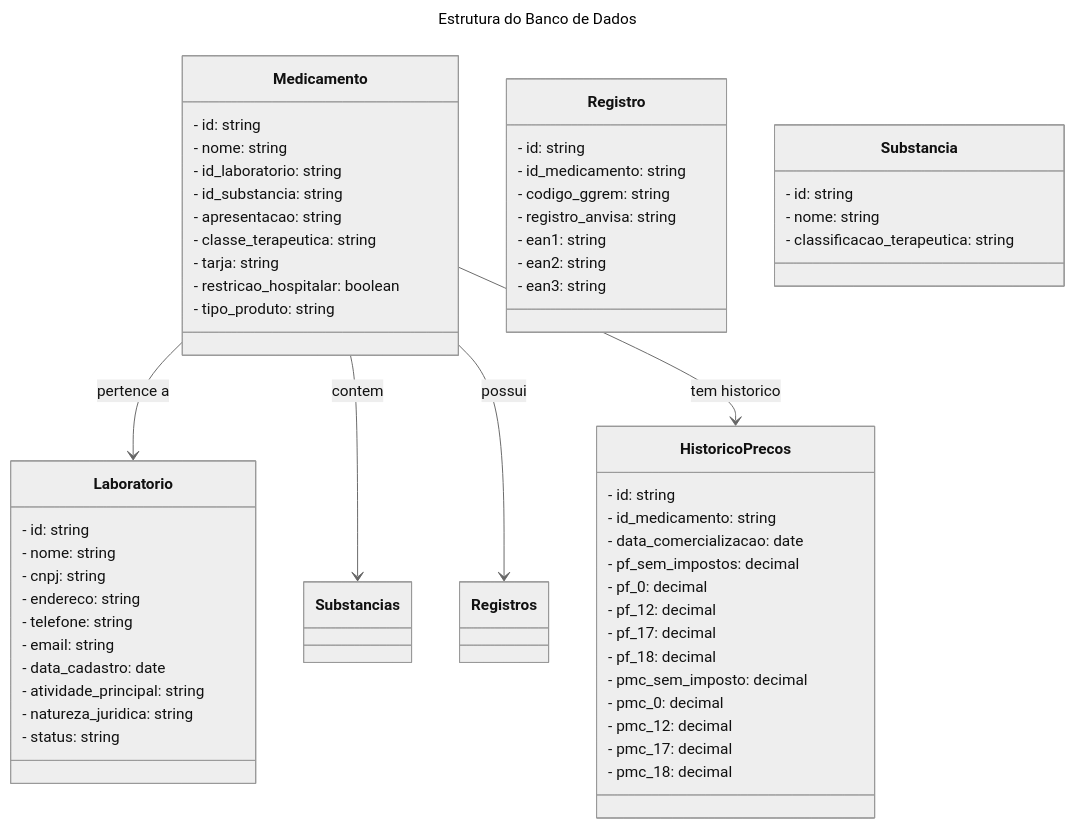
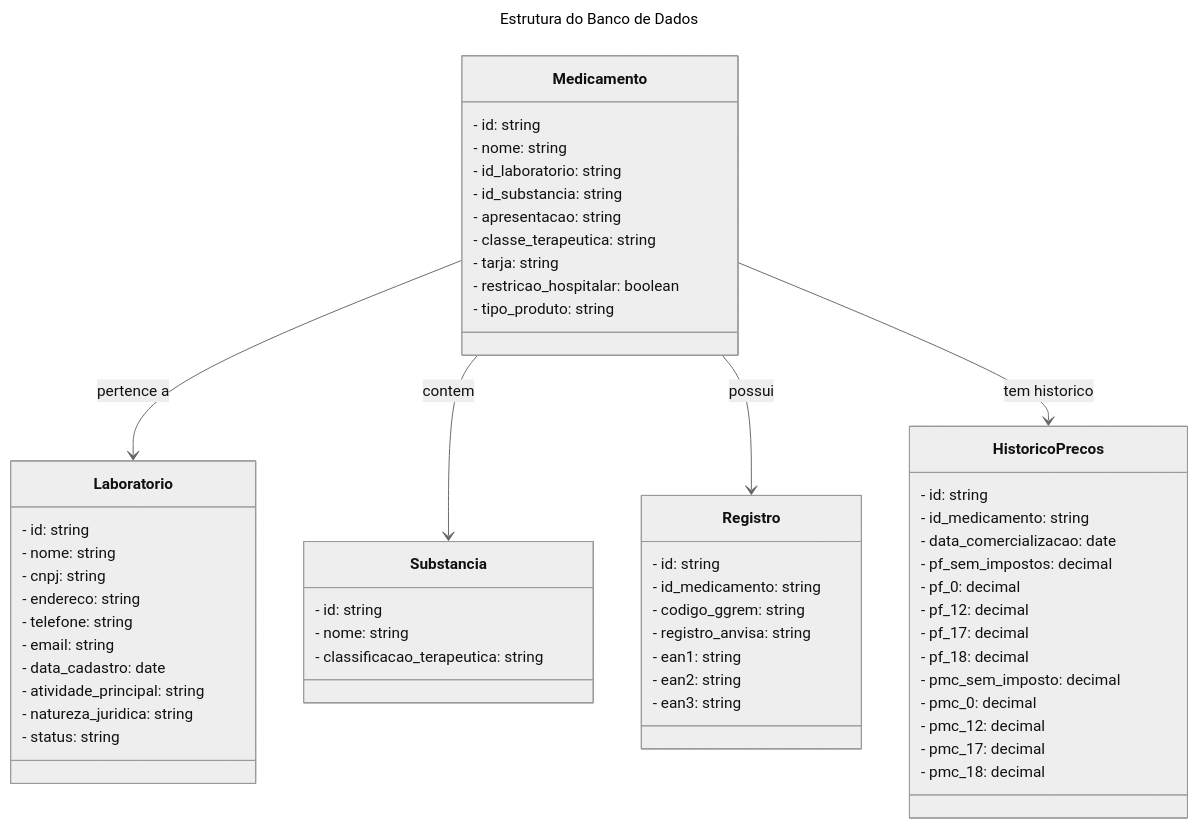
Before and after one commit to lazarguinho/API-CMED: the diagram in README.md, drawn with Mermaid (neutral theme).

Commit message:
Atualização do README

````diff
--- a/README.md
+++ b/README.md
@@ -23,68 +23,68 @@
 ```mermaid
 ---
 title: Estrutura do Banco de Dados
 ---
 classDiagram
 class Medicamento {
     - id: string
     - nome: string
     - id_laboratorio: string
     - id_substancia: string
     - apresentacao: string
     - classe_terapeutica: string
     - tarja: string
     - restricao_hospitalar: boolean
     - tipo_produto: string
 }
 
 class Laboratorio {
     - id: string
     - nome: string
     - cnpj: string
     - endereco: string
     - telefone: string
     - email: string
     - data_cadastro: date
     - atividade_principal: string
     - natureza_juridica: string
     - status: string
 }
 
 class Registro {
     - id: string
     - id_medicamento: string
     - codigo_ggrem: string
     - registro_anvisa: string
     - ean1: string
     - ean2: string
     - ean3: string
 }
 
 class Substancia {
     - id: string
     - nome: string
     - classificacao_terapeutica: string
 }
 
 class HistoricoPrecos {
     - id: string
     - id_medicamento: string
     - data_comercializacao: date
     - pf_sem_impostos: decimal
     - pf_0: decimal
     - pf_12: decimal
     - pf_17: decimal
     - pf_18: decimal
     - pmc_sem_imposto: decimal
     - pmc_0: decimal
     - pmc_12: decimal
     - pmc_17: decimal
     - pmc_18: decimal
 }
 
 Medicamento --> Laboratorio: pertence a
-Medicamento --> Substancias: contem
-Medicamento --> Registros: possui
+Medicamento --> Substancia: contem
+Medicamento --> Registro: possui
 Medicamento --> HistoricoPrecos: tem historico
 
 ```
````
